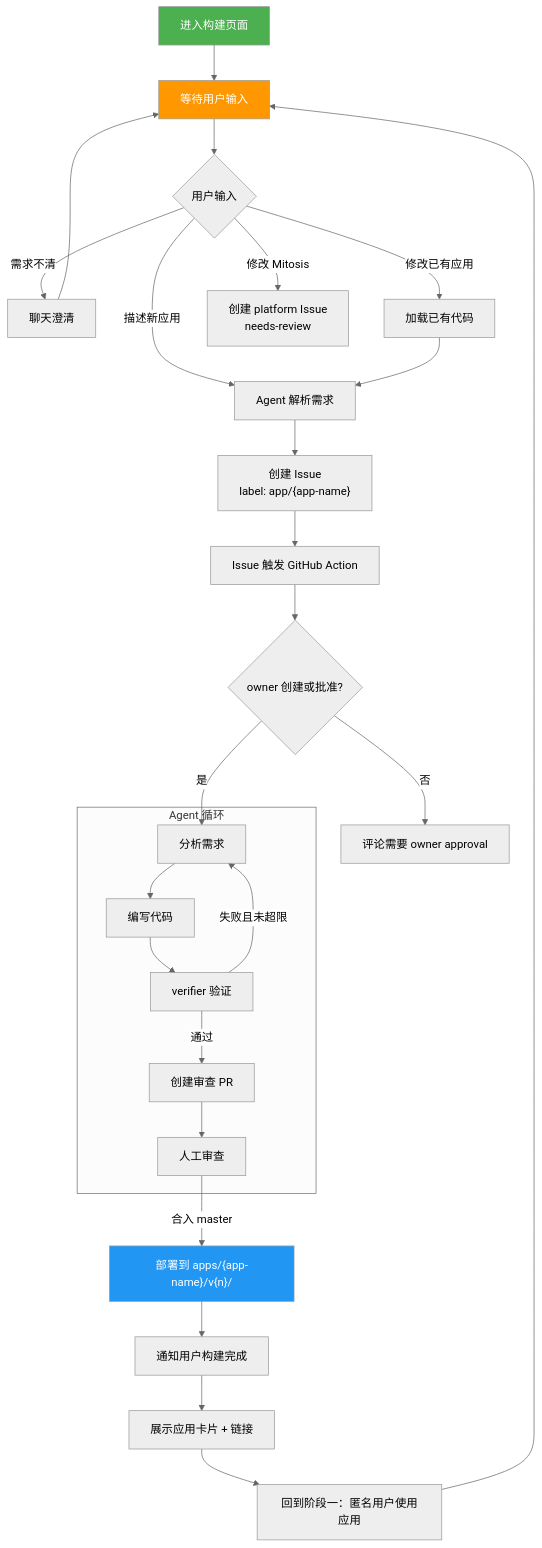
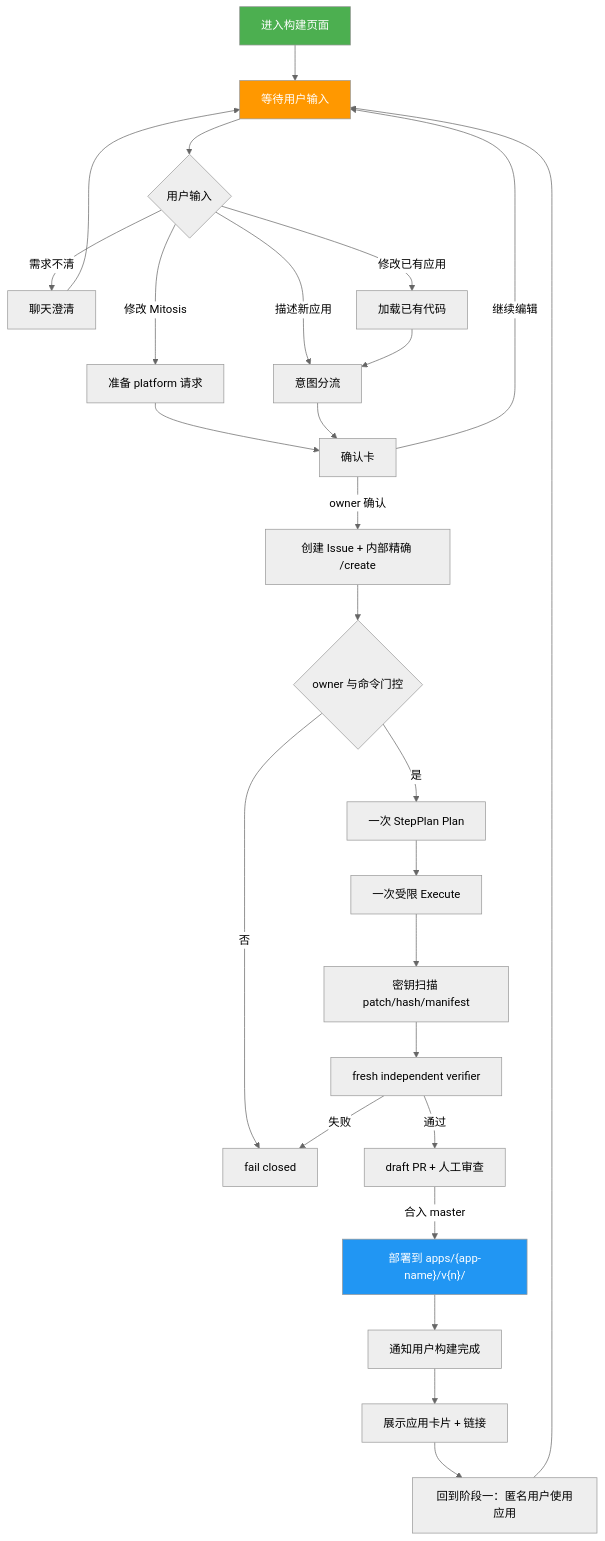
One commit to zenHeart/mitosis changed the fourth of 9 diagrams in docs/architecture.md. Above: the diagram before and after it, drawn with Mermaid (neutral theme). The commit also changed other lines of this file and 20 other files, not shown here.

````diff
--- a/docs/architecture.md
+++ b/docs/architecture.md
@@ -148,35 +149,34 @@
 ```mermaid
 flowchart TD
     START["进入构建页面"] --> WAIT["等待用户输入"]
 
     WAIT --> INPUT{"用户输入"}
     INPUT -->|需求不清| CLARIFY["聊天澄清"]
     CLARIFY --> WAIT
-    INPUT -->|描述新应用| PARSE["Agent 解析需求"]
+    INPUT -->|描述新应用| PARSE["意图分流"]
     INPUT -->|修改已有应用| LOAD["加载已有代码"]
-    INPUT -->|修改 Mitosis| PLATFORM["创建 platform Issue<br/>needs-review"]
+    INPUT -->|修改 Mitosis| PLATFORM["准备 platform 请求"]
     LOAD --> PARSE
-    PARSE --> CREATE_ISSUE["创建 Issue<br/>label: app/{app-name}"]
-    CREATE_ISSUE --> TRIGGER["Issue 触发 GitHub Action"]
-    TRIGGER --> GATE{"owner 创建或批准?"}
-    GATE -->|否| STOP["评论需要 owner approval"]
-    GATE -->|是| L1
-
-    subgraph Loop["Agent 循环"]
-        L1["分析需求"] --> L2["编写代码"]
-        L2 --> L3["verifier 验证"]
-        L3 -->|失败且未超限| L1
-        L3 -->|通过| L4["创建审查 PR"]
-        L4 --> L5["人工审查"]
-    end
+    PLATFORM --> CONFIRM["确认卡"]
+    PARSE --> CONFIRM
+    CONFIRM -->|owner 确认| CREATE_ISSUE["创建 Issue + 内部精确 /create"]
+    CONFIRM -->|继续编辑| WAIT
+    CREATE_ISSUE --> GATE{"owner 与命令门控"}
+    GATE -->|否| STOP["fail closed"]
+    GATE -->|是| L1["一次 StepPlan Plan"]
+    L1 --> L2["一次受限 Execute"]
+    L2 --> L3["密钥扫描 patch/hash/manifest"]
+    L3 --> L4["fresh independent verifier"]
+    L4 -->|失败| STOP
+    L4 -->|通过| L5["draft PR + 人工审查"]
 
     L5 -->|合入 master| DEPLOYED["部署到 apps/{app-name}/v{n}/"]
     DEPLOYED --> NOTIFY["通知用户构建完成"]
     NOTIFY --> SHOW_APP["展示应用卡片 + 链接"]
     SHOW_APP --> ANON["回到阶段一：匿名用户使用应用"]
     ANON --> WAIT
 
     style START fill:#4CAF50,color:#fff
     style WAIT fill:#FF9800,color:#fff
     style DEPLOYED fill:#2196F3,color:#fff
 ```
````
